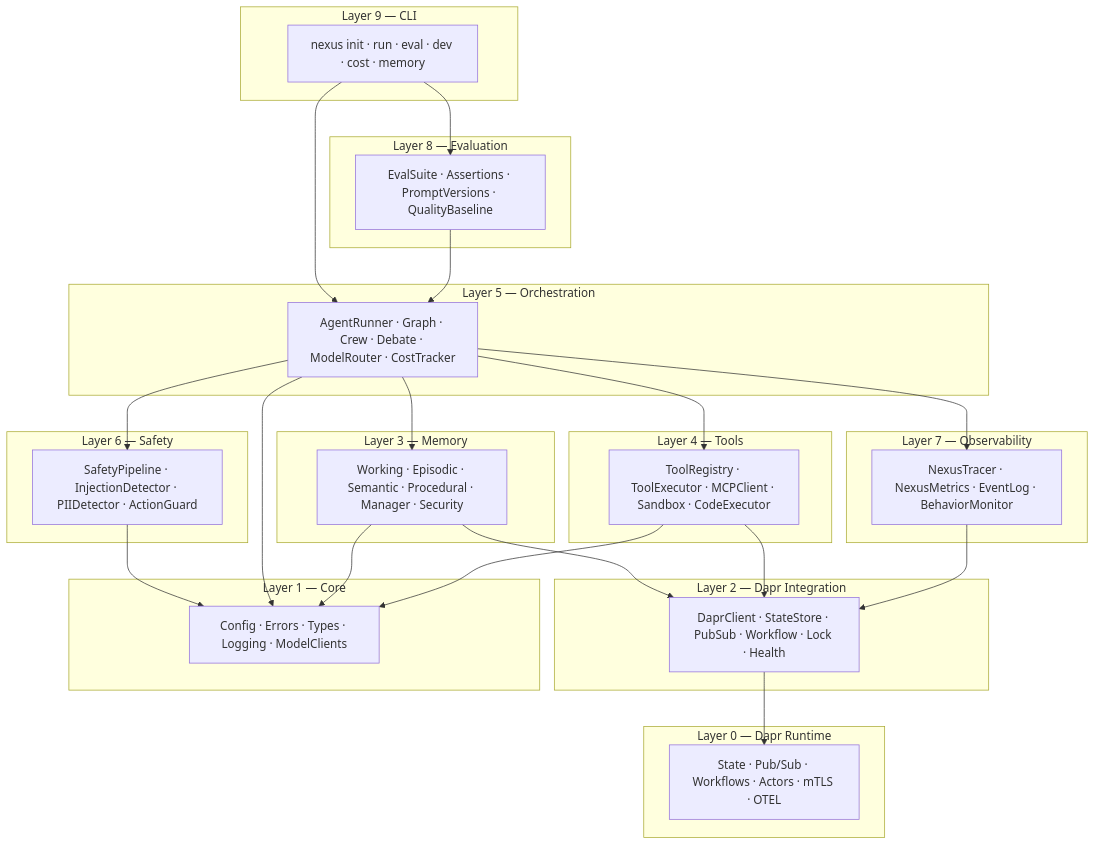
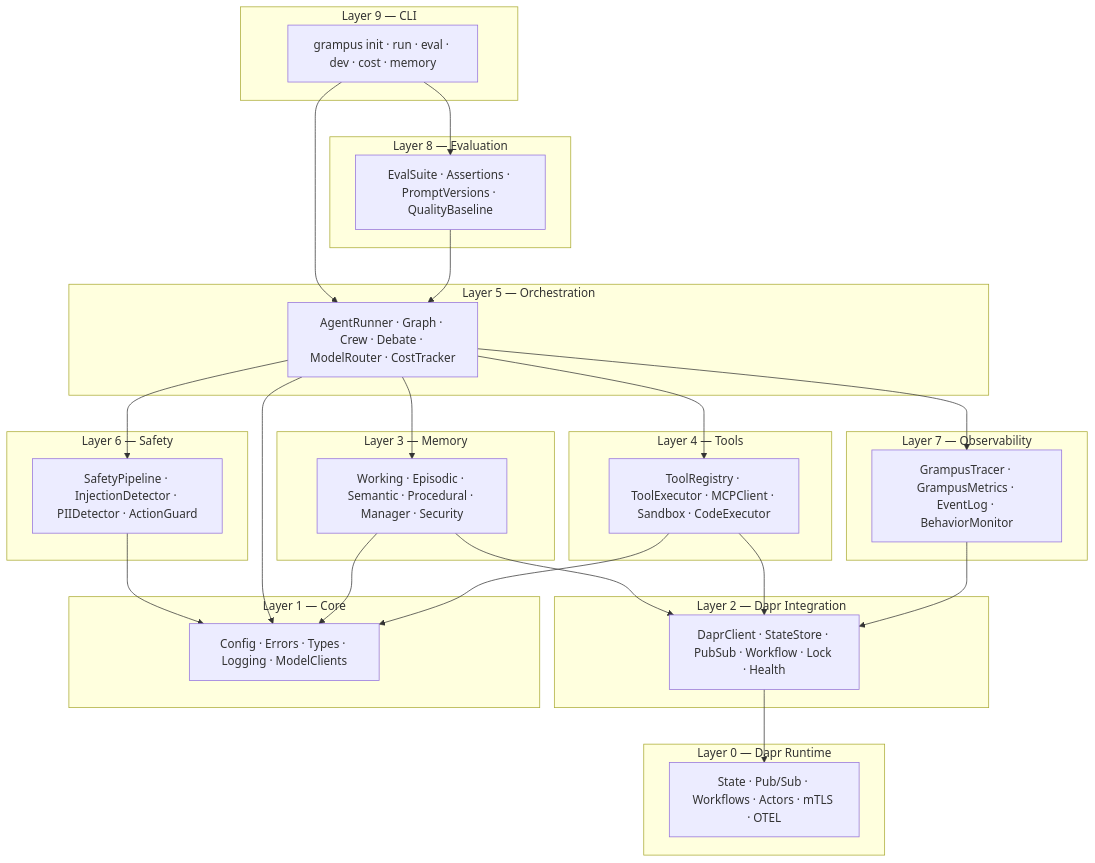
Before and after one commit to alireza1989/grampus: the first of 2 diagrams in docs/architecture/overview.md, drawn with Mermaid. The commit also changed other lines of this file and 56 other files, not shown here.

First line of the commit message:
refactor(docs): rename nexus → grampus — documentation and final validation (4/4)

````diff
--- a/docs/architecture/overview.md
+++ b/docs/architecture/overview.md
@@ -7,58 +7,58 @@
 ```mermaid
 graph TB
     subgraph "Layer 9 — CLI"
-        CLI["nexus init · run · eval · dev · cost · memory"]
+        CLI["grampus init · run · eval · dev · cost · memory"]
     end
 
     subgraph "Layer 8 — Evaluation"
         Eval["EvalSuite · Assertions · PromptVersions · QualityBaseline"]
     end
 
     subgraph "Layer 7 — Observability"
-        Obs["NexusTracer · NexusMetrics · EventLog · BehaviorMonitor"]
+        Obs["GrampusTracer · GrampusMetrics · EventLog · BehaviorMonitor"]
     end
 
     subgraph "Layer 6 — Safety"
         Safety["SafetyPipeline · InjectionDetector · PIIDetector · ActionGuard"]
     end
 
     subgraph "Layer 5 — Orchestration"
         Orch["AgentRunner · Graph · Crew · Debate · ModelRouter · CostTracker"]
     end
 
     subgraph "Layer 4 — Tools"
         Tools["ToolRegistry · ToolExecutor · MCPClient · Sandbox · CodeExecutor"]
     end
 
     subgraph "Layer 3 — Memory"
         Mem["Working · Episodic · Semantic · Procedural · Manager · Security"]
     end
 
     subgraph "Layer 2 — Dapr Integration"
         Dapr["DaprClient · StateStore · PubSub · Workflow · Lock · Health"]
     end
 
     subgraph "Layer 1 — Core"
         Core["Config · Errors · Types · Logging · ModelClients"]
     end
 
     subgraph "Layer 0 — Dapr Runtime"
         Runtime["State · Pub/Sub · Workflows · Actors · mTLS · OTEL"]
     end
 
     CLI --> Eval
     CLI --> Orch
     Eval --> Orch
     Orch --> Safety
     Orch --> Mem
     Orch --> Tools
     Orch --> Obs
     Safety --> Core
     Mem --> Dapr
     Tools --> Dapr
     Obs --> Dapr
     Dapr --> Runtime
     Orch --> Core
     Mem --> Core
     Tools --> Core
 ```
````
